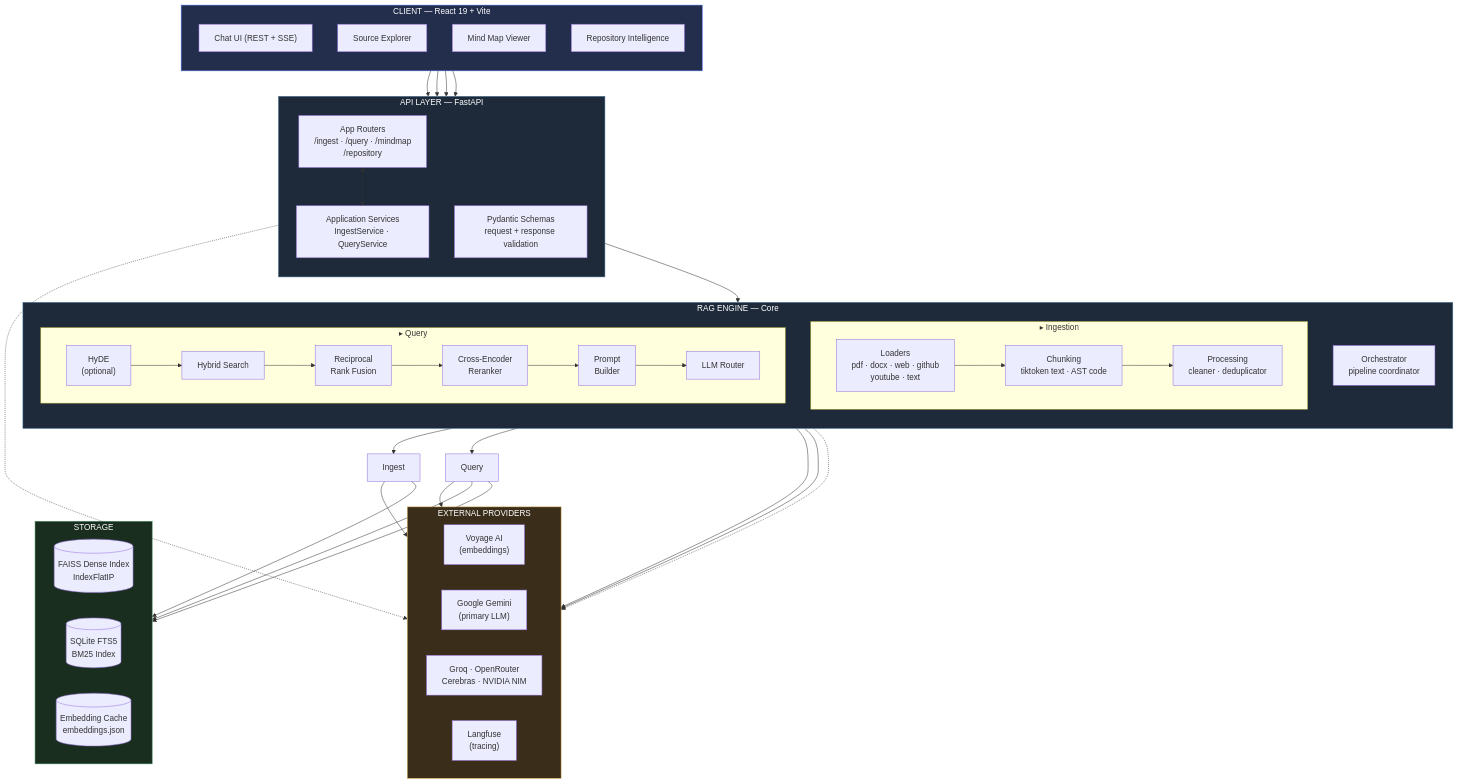
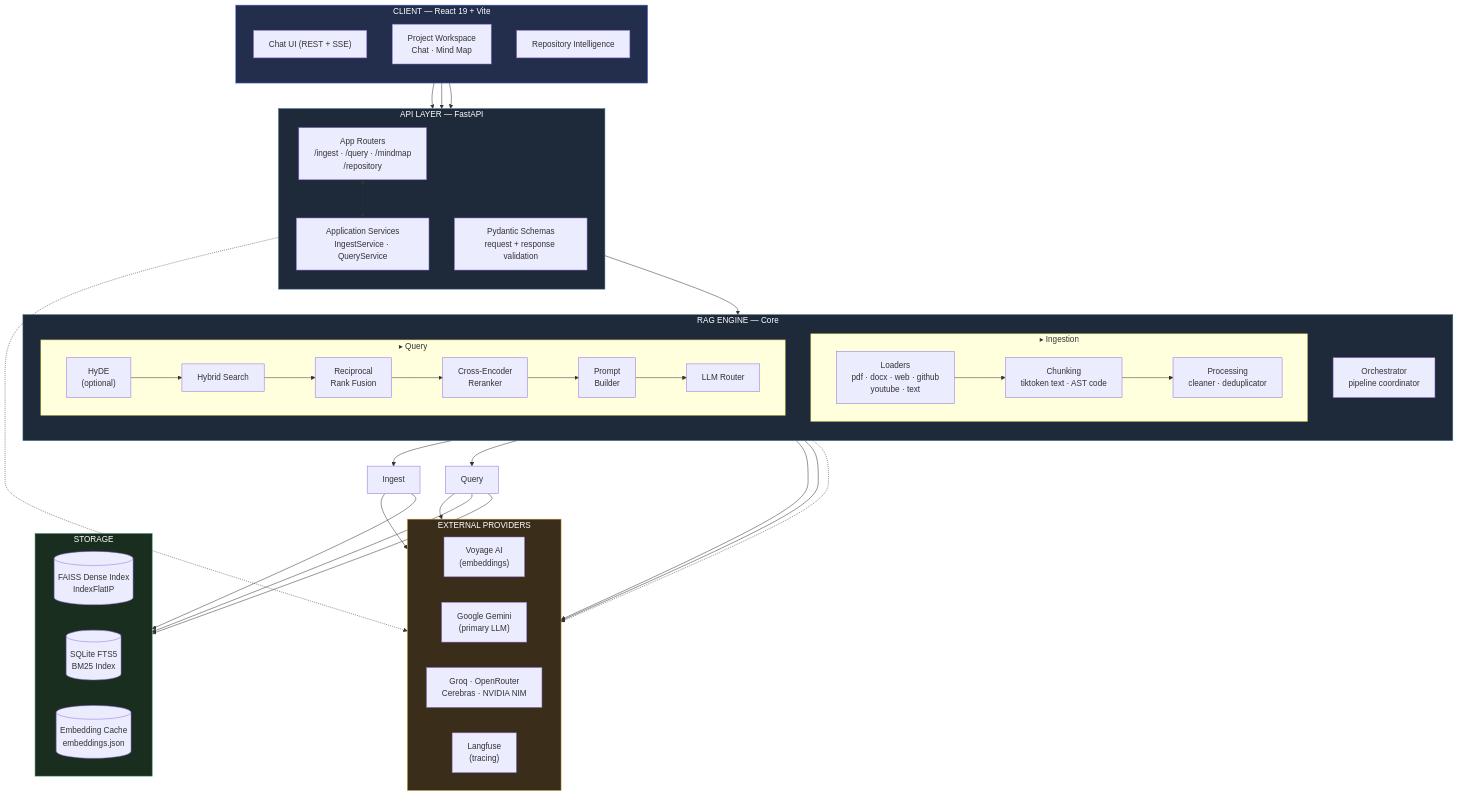
The diagram in README.md (AdnanZamanNiloy/contexforge), drawn with Mermaid before and after one commit. The commit also changed other lines of this file and 22 other files, not shown here.

```diff
--- a/README.md
+++ b/README.md
@@ -124,8 +124,7 @@
     subgraph FE["CLIENT — React 19 + Vite"]
         direction TB
         Chat["Chat UI (REST + SSE)"]
-        Explore["Source Explorer"]
-        Mindmap["Mind Map Viewer"]
+        Workspace["Project Workspace<br/>Chat · Mind Map"]
         Repo["Repository Intelligence"]
     end
 
@@ -172,8 +171,7 @@
     end
 
     Chat --> Routes
-    Explore --> Routes
-    Mindmap --> Routes
+    Workspace --> Routes
     Repo --> Routes
 
     Routes <--> Services
```
